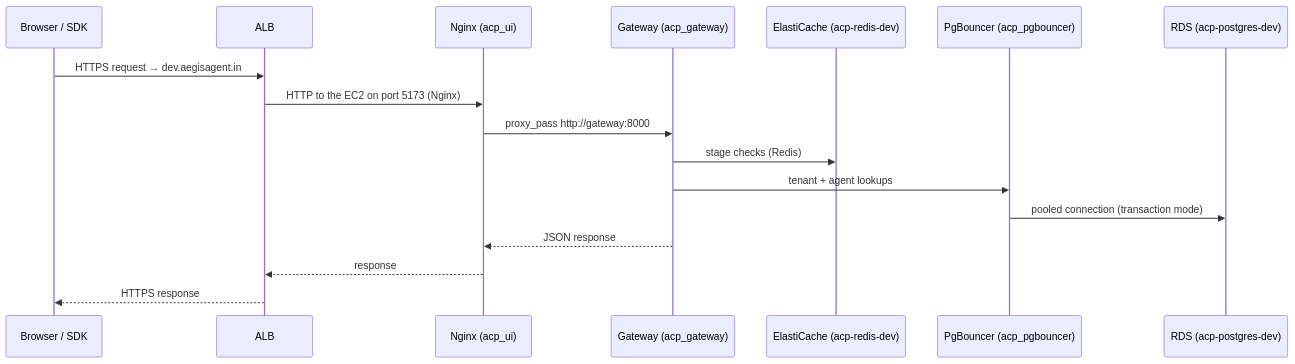
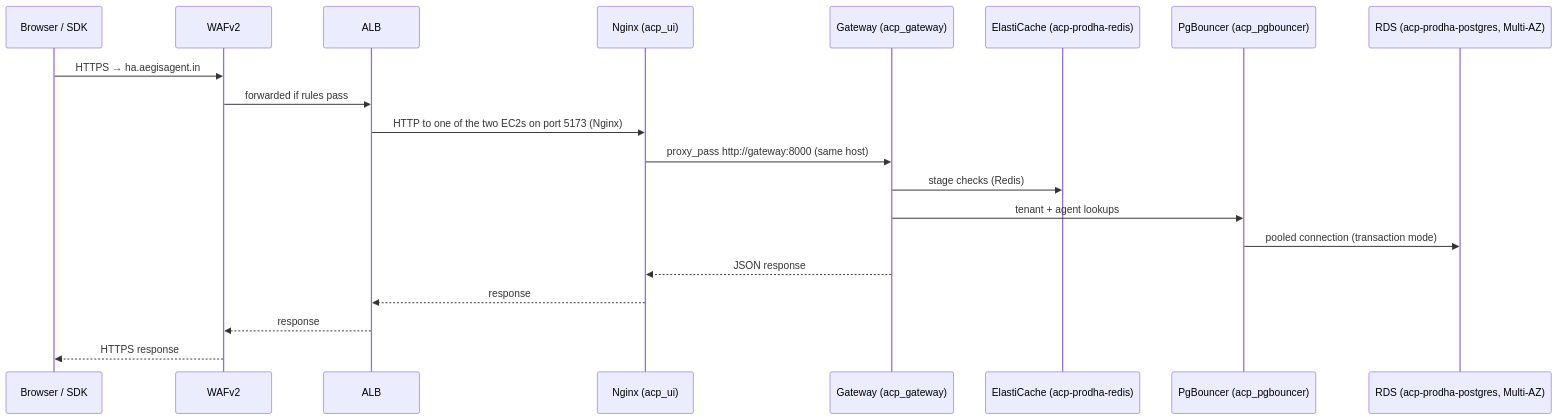
The second of 3 diagrams in docs/architecture/deployment-topology.md (Abhi-mishra998/aegis), drawn with Mermaid before and after one commit. The commit also changed other lines of this file and 353 other files, not shown here.

````diff
--- a/docs/architecture/deployment-topology.md
+++ b/docs/architecture/deployment-topology.md
@@ -93,19 +197,22 @@
 ```mermaid
 sequenceDiagram
     participant U as Browser / SDK
+    participant WAF as WAFv2
     participant ALB as ALB
     participant N as Nginx (acp_ui)
     participant G as Gateway (acp_gateway)
-    participant R as ElastiCache (acp-redis-dev)
+    participant R as ElastiCache (acp-prodha-redis)
     participant PB as PgBouncer (acp_pgbouncer)
-    participant P as RDS (acp-postgres-dev)
-    U->>ALB: HTTPS request → dev.aegisagent.in
-    ALB->>N: HTTP to the EC2 on port 5173 (Nginx)
-    N->>G: proxy_pass http://gateway:8000
+    participant P as RDS (acp-prodha-postgres, Multi-AZ)
+    U->>WAF: HTTPS → ha.aegisagent.in
+    WAF->>ALB: forwarded if rules pass
+    ALB->>N: HTTP to one of the two EC2s on port 5173 (Nginx)
+    N->>G: proxy_pass http://gateway:8000 (same host)
     G->>R: stage checks (Redis)
     G->>PB: tenant + agent lookups
     PB->>P: pooled connection (transaction mode)
     G-->>N: JSON response
     N-->>ALB: response
-    ALB-->>U: HTTPS response
+    ALB-->>WAF: response
+    WAF-->>U: HTTPS response
 ```
````
